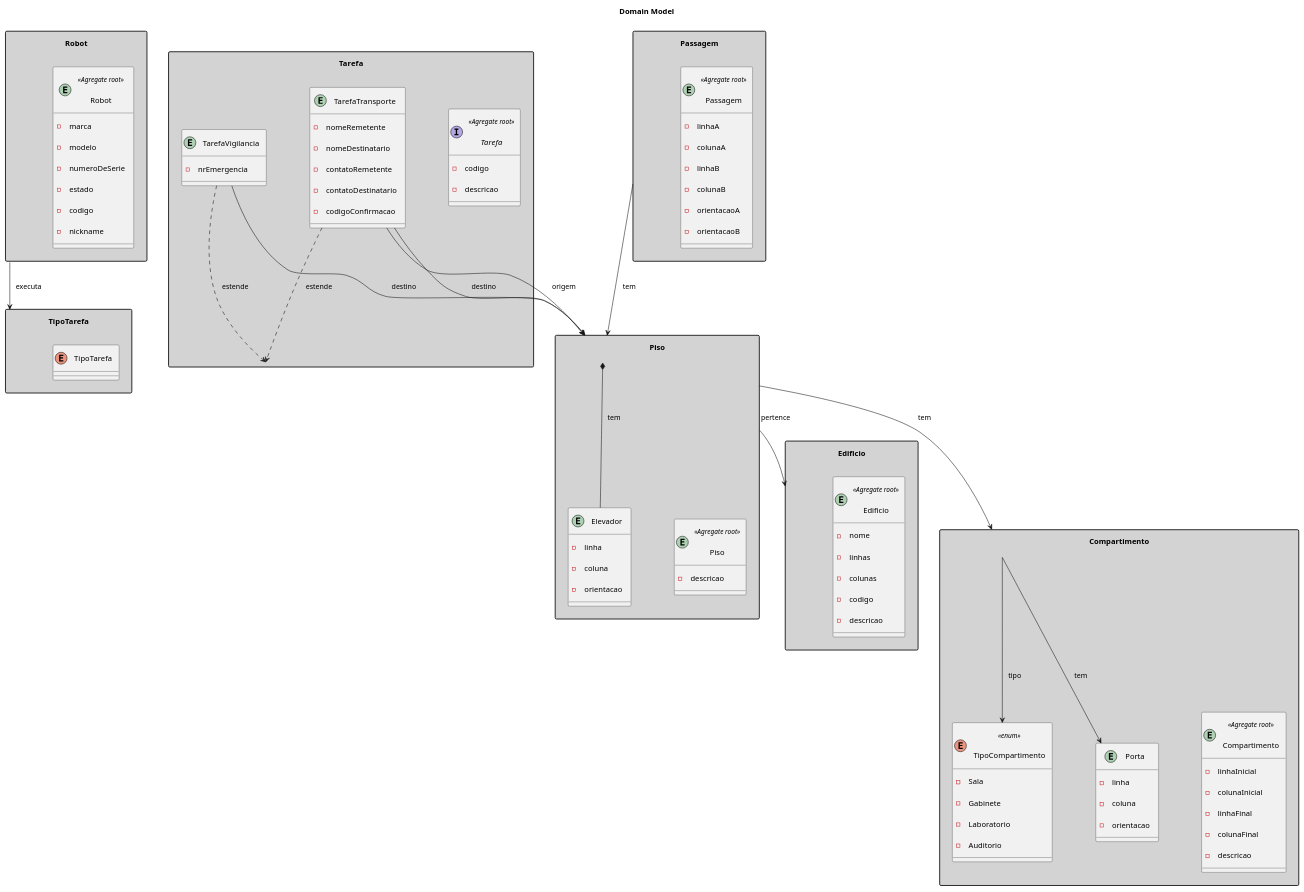
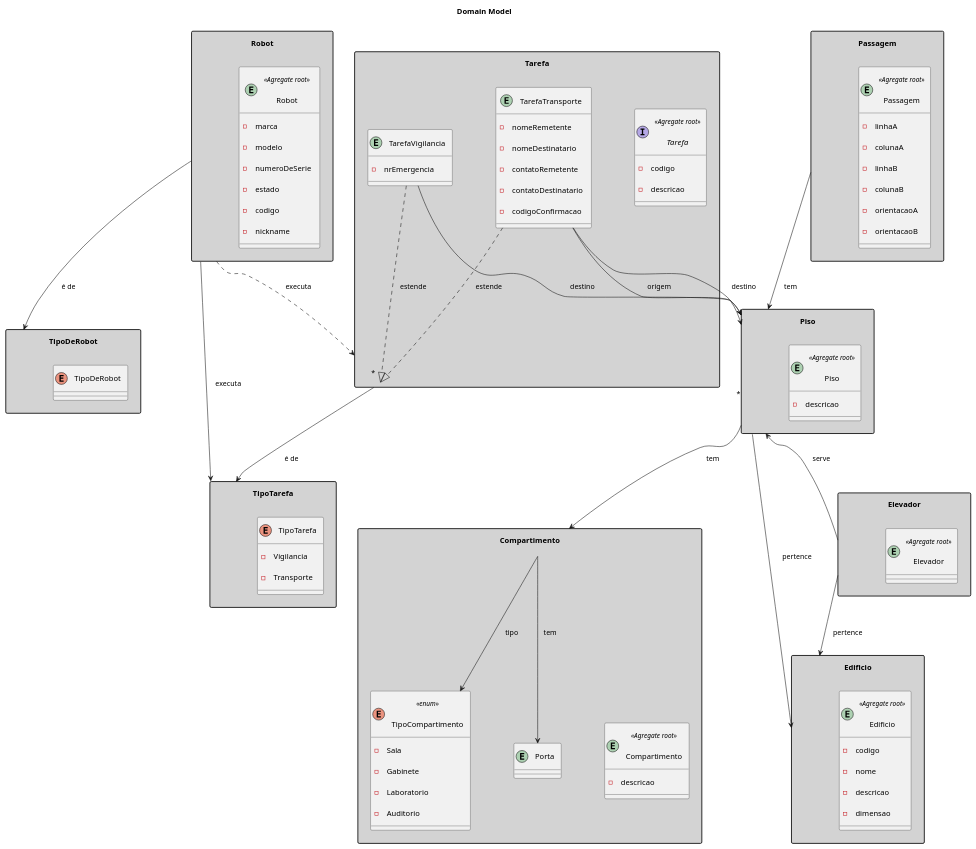
One commit to rpeir/LAPR5 changed the diagram in docs/domainModel/domainModel.puml. Above: the diagram before and after it, drawn with PlantUML.

Commit message:
#FRG-1 Corrected domain model

```diff
--- a/docs/domainModel/domainModel.puml
+++ b/docs/domainModel/domainModel.puml
@@ -1,134 +1,139 @@
 @startuml Domain Model
 
 title "Domain Model"
 ' left to right direction
 ' top to bottom direction
 skinparam Padding 10
 skinparam Nodesep 80
 skinparam ranksep 100
 skinparam groupInheritance 1
 ' skinparam linetype ortho
 skinparam separation 1000
 skinparam NoteBackgroundColor #A9A9A9
 skinparam PackageStyle rectangle
 skinparam package {
     BackgroundColor #D3D3D3
     FontStyle bold
 }
 
 ' hide circle
 ' hide methods
 
 package Robot {
     entity Robot <<Agregate root>>{
         -marca
         -modelo
         -numeroDeSerie
         -estado
         -codigo
         -nickname
     }
 }
 
+package TipoDeRobot {
+    Enum TipoDeRobot {
+    }
+}
 
 package TipoTarefa{
     enum TipoTarefa{
-
+        -Vigilancia
+        -Transporte
     }
 }
 
 package Tarefa {
     interface Tarefa <<Agregate root>>{
         - codigo
         - descricao
 
     }
 
     entity TarefaVigilancia {
         - nrEmergencia
     }
     entity TarefaTransporte {
         - nomeRemetente
         - nomeDestinatario
         - contatoRemetente
         - contatoDestinatario
         - codigoConfirmacao
     }
 }
 
 package Edificio{
     entity Edificio <<Agregate root>>{
+        - codigo
         - nome
-        - linhas
-        - colunas
-        - codigo
         - descricao
+        - dimensao
     }
 }
 
 package Piso{
     entity Piso <<Agregate root>> {
         - descricao
     }
-    entity Elevador {
-        - linha
-        - coluna
-        - orientacao
-    }
 
+}
+
+package Elevador {
+    entity Elevador <<Agregate root>> {
+      }
 }
 
 package Compartimento{
     Entity Compartimento <<Agregate root>> {
-        - linhaInicial
-        - colunaInicial
-        - linhaFinal
-        - colunaFinal
         - descricao
     }
 
     enum TipoCompartimento <<enum>>{
             - Sala
             - Gabinete
             - Laboratorio
             - Auditorio
     }
 
     entity Porta{
-        - linha
-        - coluna
-        - orientacao
     }
 
 }
 package Passagem{
     entity Passagem <<Agregate root>>{
         - linhaA
         - colunaA
         - linhaB
         - colunaB
         - orientacaoA
         - orientacaoB
     }
 }
 
-TarefaVigilancia ..> Tarefa:  estende
-TarefaTransporte ..> Tarefa: estende
+TarefaVigilancia ..|> Tarefa:  estende
+TarefaTransporte ..|> Tarefa: estende
 
 Compartimento --> Porta: tem
 Compartimento --> TipoCompartimento: tipo
 
 Robot --> TipoTarefa: executa
 
 Piso --> Edificio: pertence
-Piso *-- Elevador : tem
+Piso "*" <-- Elevador : serve
 Piso --> Compartimento: tem
+
+Elevador --> Edificio: pertence
 
 TarefaTransporte --> Piso: destino
 TarefaTransporte --> Piso: origem
 
 TarefaVigilancia --> Piso: destino
 
 Passagem --> Piso: tem
 
+Robot --> TipoDeRobot : é de
+
+Tarefa --> TipoTarefa : é de
+
+Robot ..> "*" Tarefa : executa
+
 @enduml
```
